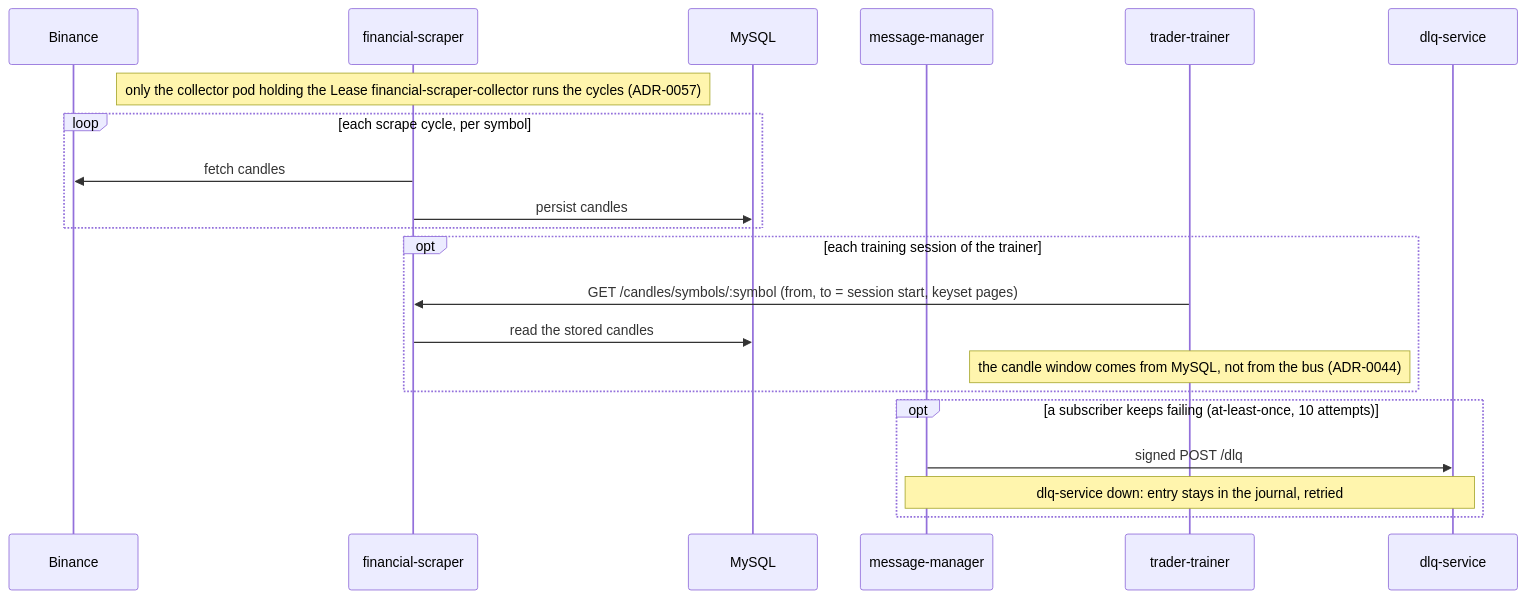
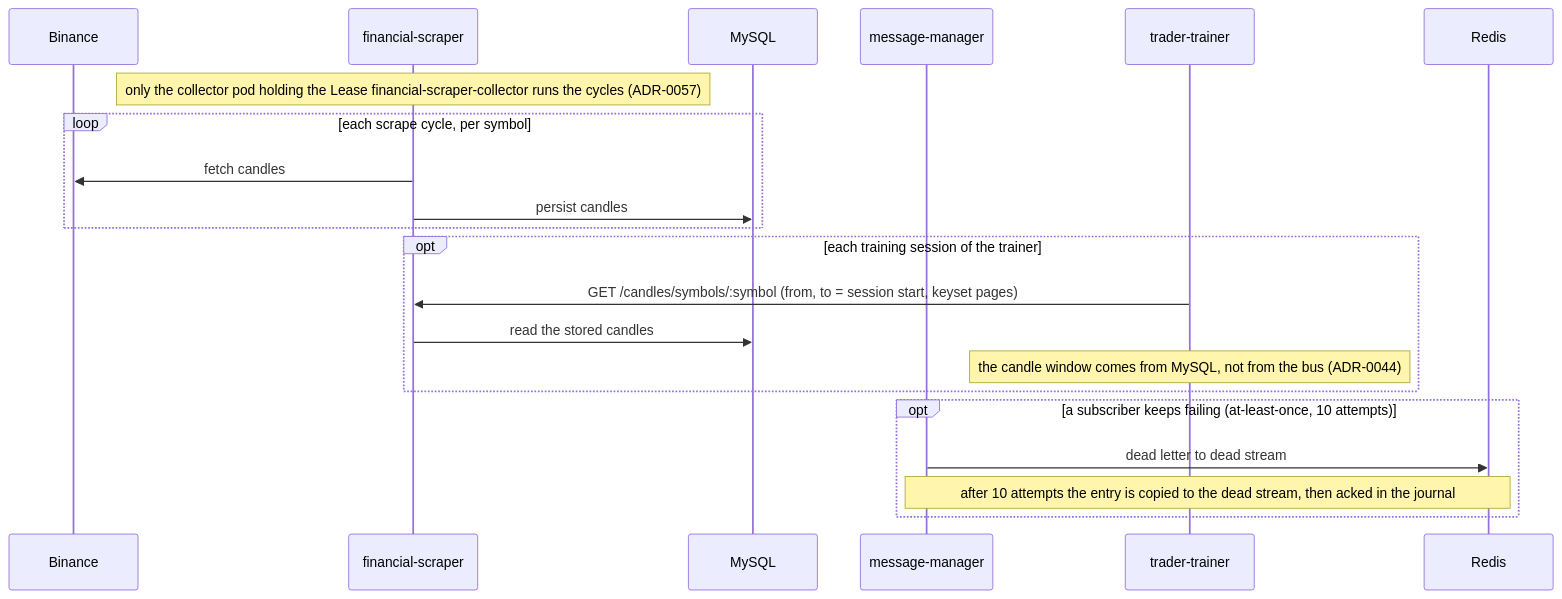
Before and after one commit to docteur-turboss/trading-model: the fourth of 4 diagrams in docs/architecture/system-overview.md, drawn with Mermaid. The commit also changed other lines of this file, not shown here.

Commit message:
:memo:(docs): retirer POST /dlq de system-overview.md (#1885)

````diff
--- a/docs/architecture/system-overview.md
+++ b/docs/architecture/system-overview.md
@@ -107,23 +107,23 @@
 ```mermaid
 sequenceDiagram
   participant B as Binance
   participant FS as financial-scraper
   participant DB as MySQL
   participant MM as message-manager
   participant TT as trader-trainer
-  participant DLQ as dlq-service
+  participant R as Redis
   Note over FS: only the collector pod holding the Lease financial-scraper-collector runs the cycles (ADR-0057)
   loop each scrape cycle, per symbol
     FS->>B: fetch candles
     FS->>DB: persist candles
   end
   opt each training session of the trainer
     TT->>FS: GET /candles/symbols/:symbol (from, to = session start, keyset pages)
     FS->>DB: read the stored candles
     Note over TT: the candle window comes from MySQL, not from the bus (ADR-0044)
   end
   opt a subscriber keeps failing (at-least-once, 10 attempts)
-    MM->>DLQ: signed POST /dlq
-    Note over MM,DLQ: dlq-service down: entry stays in the journal, retried
+    MM->>R: dead letter to dead stream
+    Note over MM,R: after 10 attempts the entry is copied to the dead stream, then acked in the journal
   end
 ```
````
